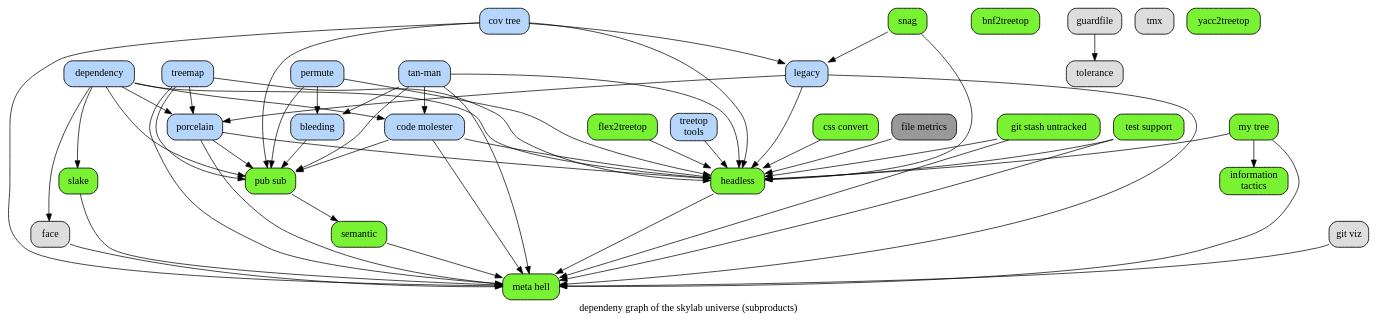
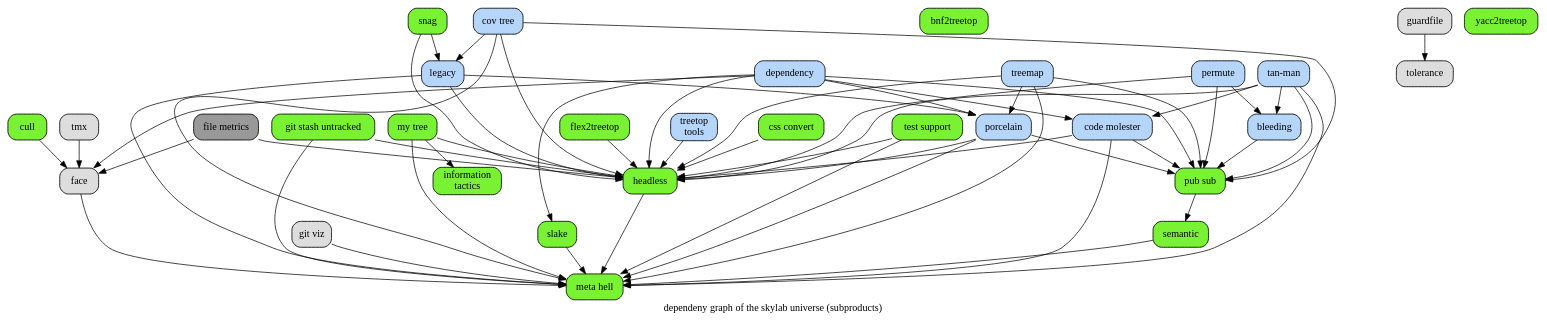
Before and after one commit to hipe/tmx: the diagram in doc/subproduct-dependencies.dot, drawn with Graphviz. The commit also changed 32 other files, not shown here.

```diff
--- a/doc/subproduct-dependencies.dot
+++ b/doc/subproduct-dependencies.dot
@@ -1,107 +1,111 @@
 # created by tan-man on 2012-12-20 16:03:06 UTC
 
 digraph {
 
 /*
   example stmt_list:
     foo -> bar
     biff -> baz
 
   example node_stmt:
     learn_c [label="learn C somehow"]
 */
 
 label="dependeny graph of the skylab universe (subproducts)"
 
 node [label="\N", style="filled", fillcolor="#b5d5fb", fontname="Futura", penwidth="1.1566", shape="Mrecord"]
 
 #                 blue : fillcolor="#b5d5fb"
 #             finished : green
 #                green : fillcolor="#79f233"
 #         not-finished : blue
 
 
 bleeding [label="bleeding" fillcolor="#b5d5fb"]
 bnf [label="bnf2treetop" fillcolor="#79f233"]
 code [label="code molester" fillcolor="#b5d5fb"]
 cov [label="cov tree" fillcolor="#b5d5fb"]
 css [label="css convert" fillcolor="#79f233"]
+cull [label="cull" fillcolor="#79f233"]
 dependency [label=dependency fillcolor="#b5d5fb"]
 face [label=face fillcolor="#dddddd"]
 file [label="file metrics" fillcolor="#999999"]
 flex [label="flex2treetop" fillcolor="#79f233"]
 git [label="git viz" fillcolor="#dddddd"]
 gsu [label="git stash untracked" fillcolor="#79f233"]
 guardfile [label=guardfile fillcolor="#dddddd"]
 headless [label=headless fillcolor="#79f233"]
 info [label="information\ntactics" fillcolor="#79f233"]
 legacy [label="legacy" fillcolor="#b5d5fb"]
 meta [label="meta hell" fillcolor="#79f233"]
 mytree [label="my tree" fillcolor="#79f233"]
 permute [label="permute" fillcolor="#b5d5fb"]
 porcelain [label=porcelain fillcolor="#b5d5fb"]
 pub [label="pub sub" fillcolor="#79f233"]
 semantic [label="semantic" fillcolor="#79f233"]
 slake [label=slake fillcolor="#79f233"]
 snag [label="snag" fillcolor="#79f233"]
 tan [label="tan-man" fillcolor="#b5d5fb"]
 test [label="test support" fillcolor="#79f233"]
 tolerance [label="tolerance" fillcolor="#dddddd"]
 treemap [label="treemap" fillcolor="#b5d5fb"]
 treetop [label="treetop\ntools" fillcolor="#b5d5fb"]
 tmx [label=tmx fillcolor="#dddddd"]
 yacc [label="yacc2treetop" fillcolor="#79f233"]
 
 bleeding -> pub
 code -> headless
 code -> meta
 code -> pub
 cov -> headless
 cov -> meta
 cov -> legacy
 cov -> pub
 css -> headless
+cull -> face
 git -> meta
 gsu -> headless
 gsu -> meta
 guardfile -> tolerance
 dependency -> code
 dependency -> face
 dependency -> headless
 dependency -> porcelain
 dependency -> pub
 dependency -> slake
+file -> face
 face -> meta
 file -> headless
 flex -> headless
 headless -> meta
 legacy -> headless
 legacy -> meta
 legacy -> porcelain
 mytree -> headless
 mytree -> info
 mytree -> meta
 permute -> bleeding
 permute -> headless
 permute -> pub
 porcelain -> headless
 porcelain -> meta
 porcelain -> pub
 pub -> semantic
 semantic -> meta
 slake -> meta
 snag -> legacy
 snag -> headless
 tan -> code
 tan -> bleeding
 tan -> headless
 tan -> meta
 tan -> pub
 test -> headless
 test -> meta
+tmx -> face
 treemap -> headless
 treemap -> meta
 treemap -> porcelain
 treemap -> pub
 treetop -> headless
 }
```
